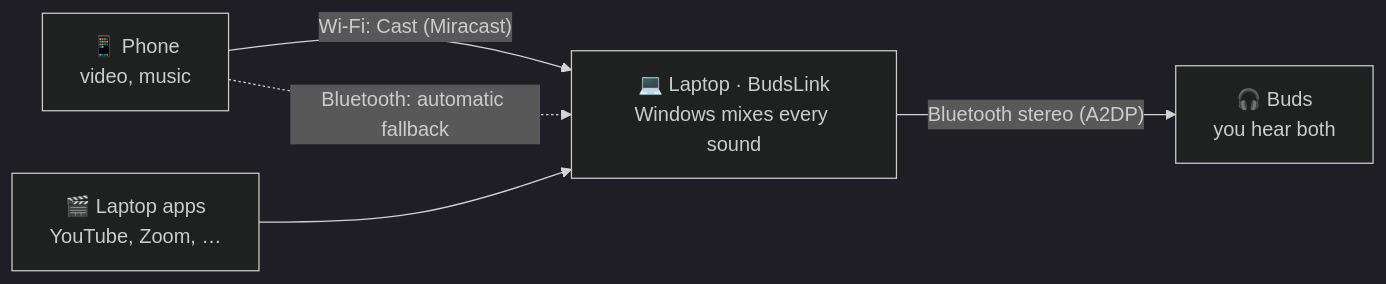
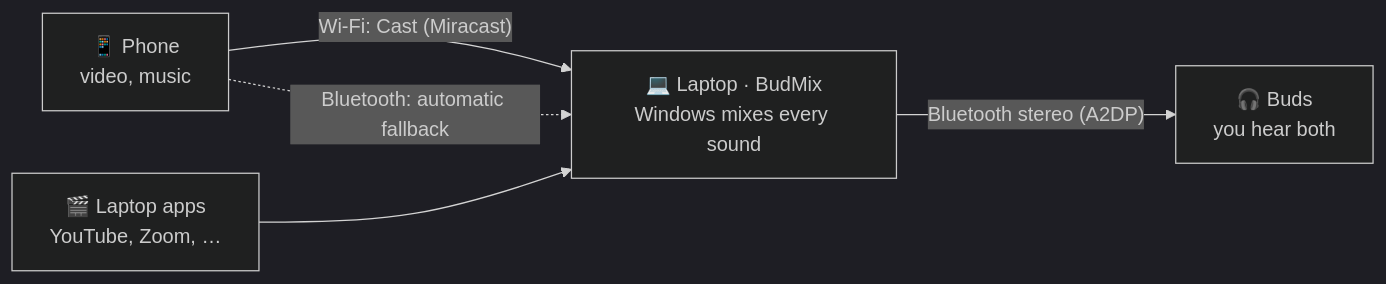
The diagram in README.md (Mrehankamboh/BudMix), drawn with Mermaid (dark theme) before and after one commit. The commit also changed other lines of this file and 152 other files, not shown here.

First line of the commit message:
feat: rename to BudMix, new logo, new site footer

````diff
--- a/README.md
+++ b/README.md
@@ -15,12 +15,12 @@
 ```mermaid
 flowchart LR
     phone["📱 Phone<br/>video, music"]
-    laptop["💻 Laptop · BudsLink<br/>Windows mixes every sound"]
+    laptop["💻 Laptop · BudMix<br/>Windows mixes every sound"]
     apps["🎬 Laptop apps<br/>YouTube, Zoom, …"]
     buds["🎧 Buds<br/>you hear both"]
 
     phone -- "Wi-Fi: Cast (Miracast)" --> laptop
     phone -. "Bluetooth: automatic fallback" .-> laptop
     apps --> laptop
     laptop -- "Bluetooth stereo (A2DP)" --> buds
 ```
````
